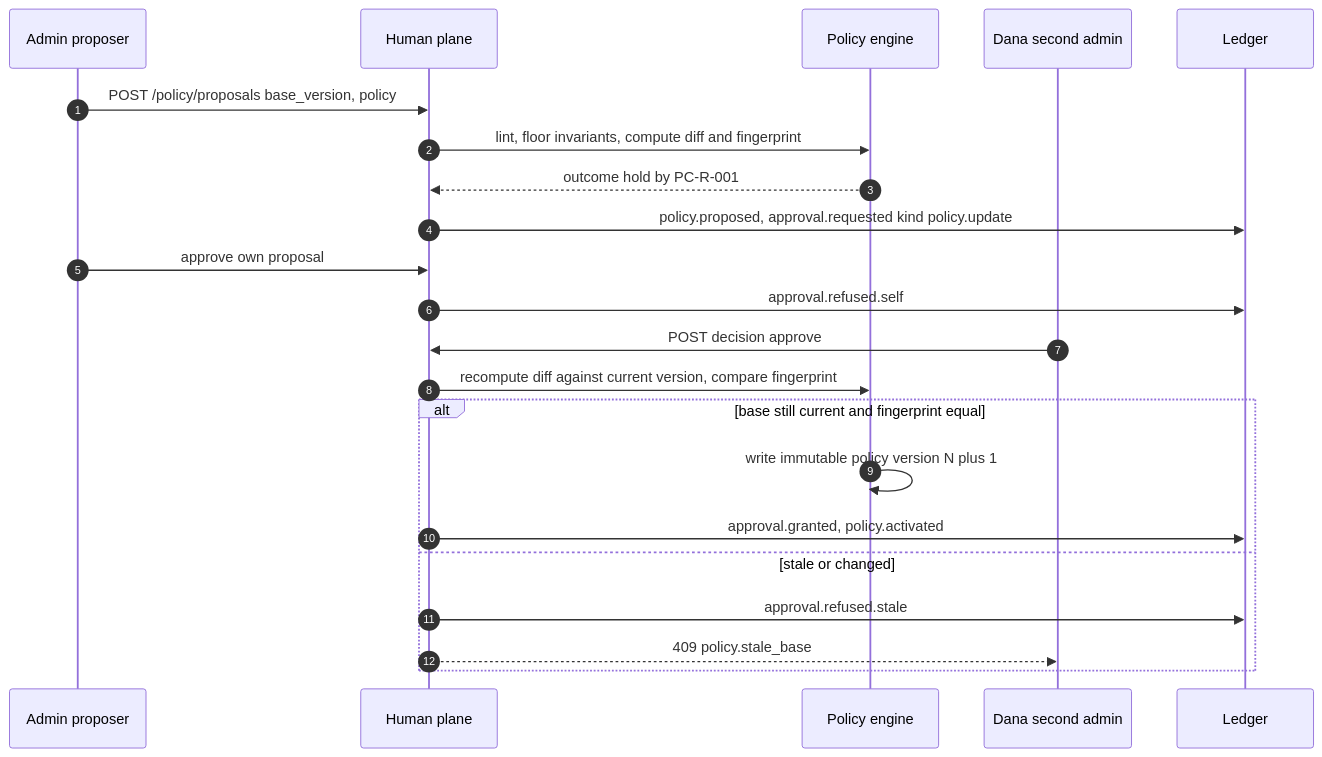
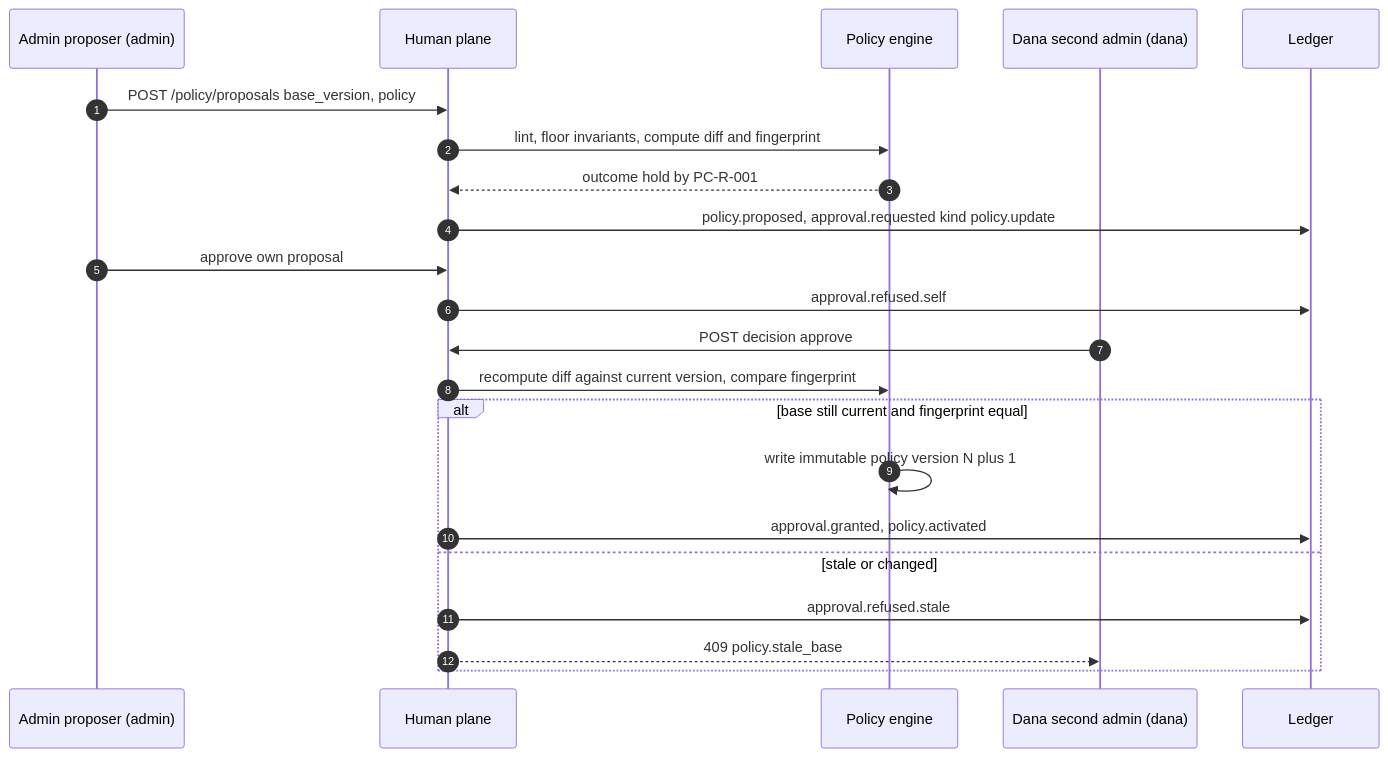
Before and after one commit to ayushpatil0810/sentinel: the seventh of 9 diagrams in docs/architecture.md, drawn with Mermaid. The commit also changed other lines of this file and 24 other files, not shown here.

````diff
--- a/docs/architecture.md
+++ b/docs/architecture.md
@@ -263,24 +266,24 @@
 ```mermaid
 sequenceDiagram
   autonumber
-  participant A1 as Admin proposer
+  participant A1 as Admin proposer (admin)
   participant H as Human plane
   participant PE as Policy engine
-  participant A2 as Dana second admin
+  participant A2 as Dana second admin (dana)
   participant L as Ledger
   A1->>H: POST /policy/proposals base_version, policy
   H->>PE: lint, floor invariants, compute diff and fingerprint
   PE-->>H: outcome hold by PC-R-001
   H->>L: policy.proposed, approval.requested kind policy.update
   A1->>H: approve own proposal
   H->>L: approval.refused.self
   A2->>H: POST decision approve
   H->>PE: recompute diff against current version, compare fingerprint
   alt base still current and fingerprint equal
     PE->>PE: write immutable policy version N plus 1
     H->>L: approval.granted, policy.activated
   else stale or changed
     H->>L: approval.refused.stale
     H-->>A2: 409 policy.stale_base
   end
 ```
````
